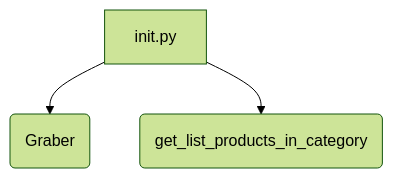
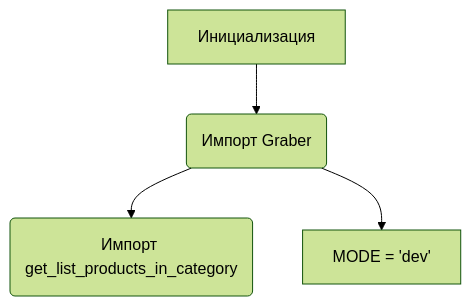
One commit to hypo69/hypo changed the first of 2 diagrams in docs/gemini/ru/explainer/src/suppliers/amazon/__init__.md. Above: the diagram before and after it, drawn with Mermaid (forest theme). The commit also changed other lines of this file and 468 other files, not shown here.

````diff
--- a/docs/gemini/ru/explainer/src/suppliers/amazon/__init__.md
+++ b/docs/gemini/ru/explainer/src/suppliers/amazon/__init__.md
@@ -27,5 +25,6 @@
 ```mermaid
 graph TD
-    A[init.py] --> B(Graber);
-    A --> C(get_list_products_in_category);
+    A[Инициализация] --> B(Импорт Graber);
+    B --> C(Импорт get_list_products_in_category);
+    B --> D[MODE = 'dev'];
 ```
````
